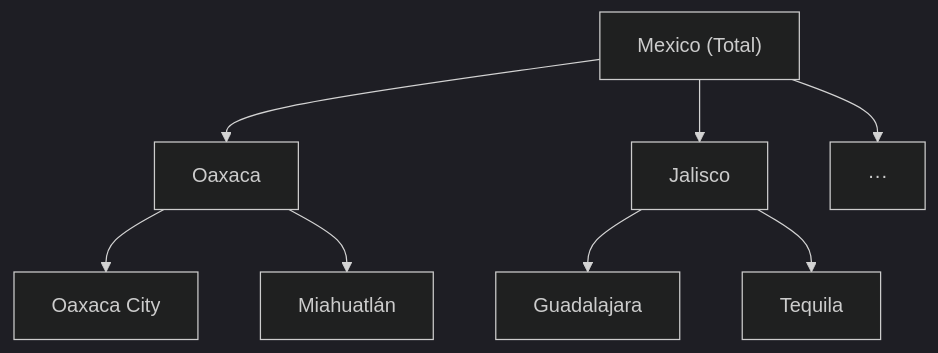
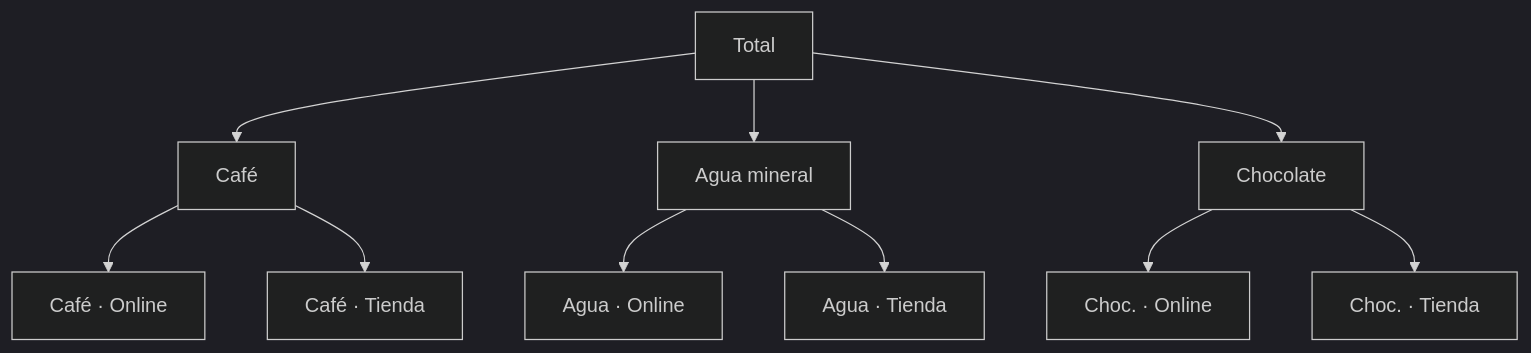
The second of 8 diagrams in docs/modules/module_4/04_hierarchical/hierarchical.qmd (pbenavidesh/narsil), drawn with Mermaid (dark theme) before and after one commit. The commit also changed other lines of this file and 63 other files, not shown here.

Commit message:
Rebuild hierarchical reconciliation section around toy example; add CV, weight-on-total figure, backup matrix slides

````diff
--- a/docs/modules/module_4/04_hierarchical/hierarchical.qmd
+++ b/docs/modules/module_4/04_hierarchical/hierarchical.qmd
@@ -108,19 +221,24 @@
 ```{mermaid}
+%%| echo: false
 graph TD
-    MX["Mexico (Total)"]
-    OAX["Oaxaca"]
-    JAL["Jalisco"]
-    ETC["···"]
-    OJ["Oaxaca City"]
-    MH["Miahuatlán"]
-    GDL["Guadalajara"]
-    TQ["Tequila"]
+    T["Total"]
+    CA["Café"]
+    AG["Agua mineral"]
+    CH["Chocolate"]
+    CAO["Café · Online"]
+    CAT["Café · Tienda"]
+    AGO["Agua · Online"]
+    AGT["Agua · Tienda"]
+    CHO["Choc. · Online"]
+    CHT["Choc. · Tienda"]
 
-    MX --> OAX
-    MX --> JAL
-    MX --> ETC
-    OAX --> OJ
-    OAX --> MH
-    JAL --> GDL
-    JAL --> TQ
+    T --> CA
+    T --> AG
+    T --> CH
+    CA --> CAO
+    CA --> CAT
+    AG --> AGO
+    AG --> AGT
+    CH --> CHO
+    CH --> CHT
 ```
````
